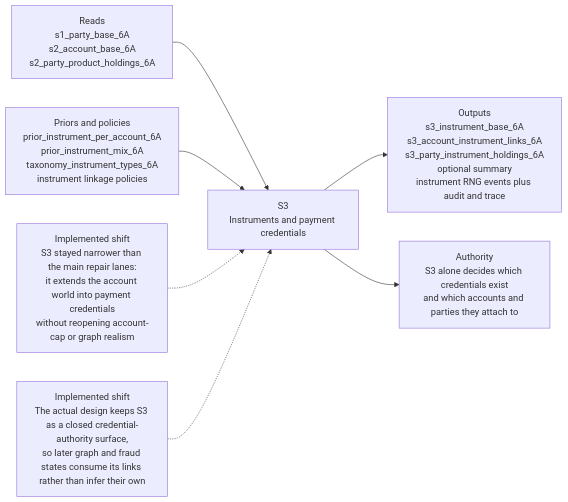
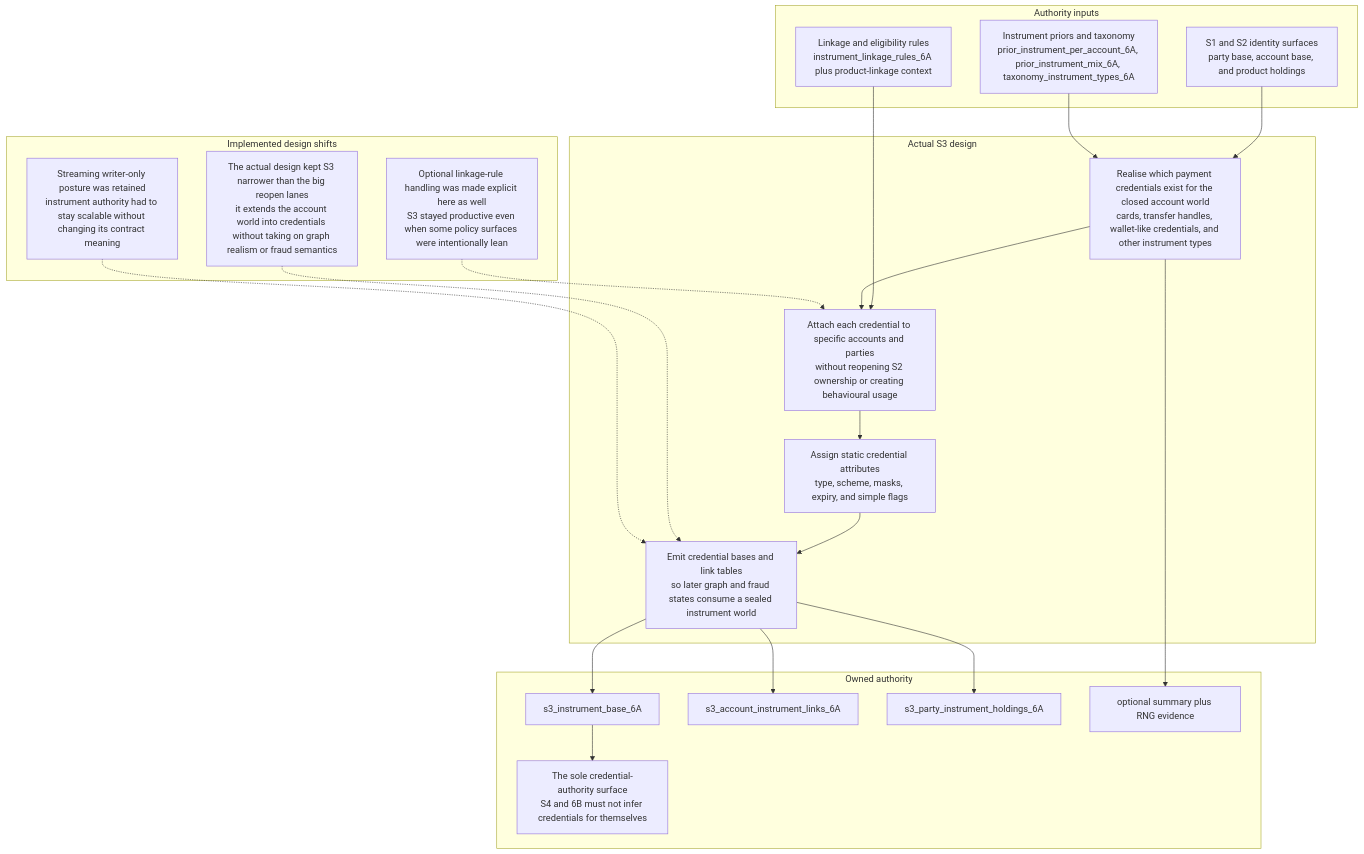
The diagram in docs/design/data-engine/layer-3/6A/6A-S3-design-flow.mmd (EsosaOrumwese/fraud-detection-system), drawn with Mermaid before and after one commit. The commit also changed 23 other files, not shown here.

First line of the commit message:
Refactor design flows for layers 6A and 6B to enhance clarity and structure

```diff
--- a/docs/design/data-engine/layer-3/6A/6A-S3-design-flow.mmd
+++ b/docs/design/data-engine/layer-3/6A/6A-S3-design-flow.mmd
@@ -1,18 +1,42 @@
-flowchart LR
-  I1["Reads<br/>s1_party_base_6A<br/>s2_account_base_6A<br/>s2_party_product_holdings_6A"]
-  I2["Priors and policies<br/>prior_instrument_per_account_6A<br/>prior_instrument_mix_6A<br/>taxonomy_instrument_types_6A<br/>instrument linkage policies"]
+flowchart TD
+  subgraph inputs["Authority inputs"]
+    I1["S1 and S2 identity surfaces<br/>party base, account base, and product holdings"]
+    I2["Instrument priors and taxonomy<br/>prior_instrument_per_account_6A, prior_instrument_mix_6A, taxonomy_instrument_types_6A"]
+    I3["Linkage and eligibility rules<br/>instrument_linkage_rules_6A plus product-linkage context"]
+  end
 
-  S3["S3<br/>Instruments and payment credentials"]
+  subgraph core["Actual S3 design"]
+    C1["Realise which payment credentials exist for the closed account world<br/>cards, transfer handles, wallet-like credentials, and other instrument types"]
+    C2["Attach each credential to specific accounts and parties<br/>without reopening S2 ownership or creating behavioural usage"]
+    C3["Assign static credential attributes<br/>type, scheme, masks, expiry, and simple flags"]
+    C4["Emit credential bases and link tables<br/>so later graph and fraud states consume a sealed instrument world"]
+  end
 
-  O1["Outputs<br/>s3_instrument_base_6A<br/>s3_account_instrument_links_6A<br/>s3_party_instrument_holdings_6A<br/>optional summary<br/>instrument RNG events plus audit and trace"]
-  O2["Authority<br/>S3 alone decides which credentials exist<br/>and which accounts and parties they attach to"]
+  subgraph shifts["Implemented design shifts"]
+    S1["Optional linkage-rule handling was made explicit here as well<br/>S3 stayed productive even when some policy surfaces were intentionally lean"]
+    S2["The actual design kept S3 narrower than the big reopen lanes<br/>it extends the account world into credentials without taking on graph realism or fraud semantics"]
+    S3["Streaming writer-only posture was retained<br/>instrument authority had to stay scalable without changing its contract meaning"]
+  end
 
-  R1["Implemented shift<br/>S3 stayed narrower than the main repair lanes:<br/>it extends the account world into payment credentials<br/>without reopening account-cap or graph realism"]
-  R2["Implemented shift<br/>The actual design keeps S3 as a closed credential-authority surface,<br/>so later graph and fraud states consume its links rather than infer their own"]
+  subgraph outputs["Owned authority"]
+    O1["s3_instrument_base_6A"]
+    O2["s3_account_instrument_links_6A"]
+    O3["s3_party_instrument_holdings_6A"]
+    O4["optional summary plus RNG evidence"]
+    O5["The sole credential-authority surface<br/>S4 and 6B must not infer credentials for themselves"]
+  end
 
-  I1 --> S3
-  I2 --> S3
-  S3 --> O1
-  S3 --> O2
-  R1 -.-> S3
-  R2 -.-> S3
+  I1 --> C1
+  I2 --> C1
+  I3 --> C2
+  C1 --> C2 --> C3 --> C4
+
+  C4 --> O1
+  C4 --> O2
+  C4 --> O3
+  C1 --> O4
+  O1 --> O5
+
+  S1 -.-> C2
+  S2 -.-> C4
+  S3 -.-> C4
```
